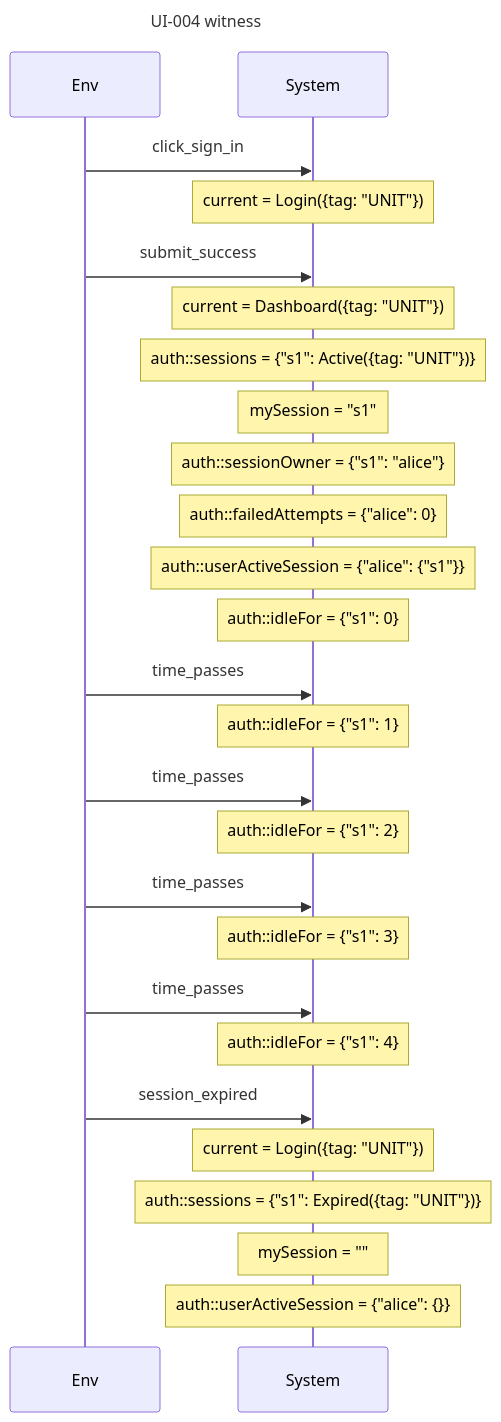
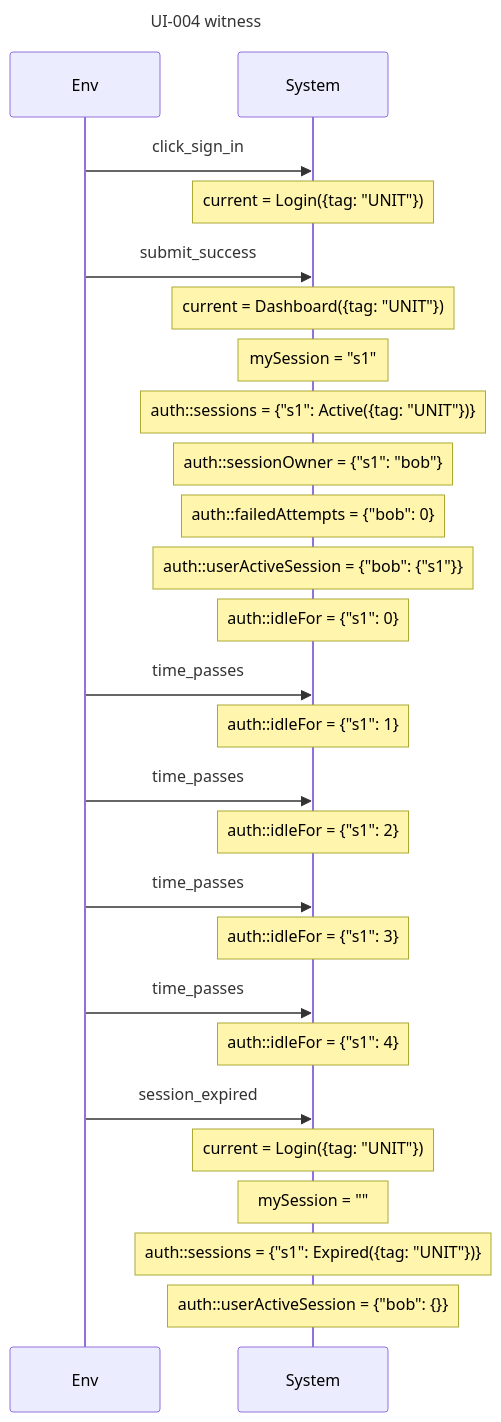
One commit to AlesKracik/quintessence changed the fifth of 8 diagrams in examples/specs/auth-ui.readback.md. Above: the diagram before and after it, drawn with Mermaid. The commit also changed other lines of this file and 53 other files, not shown here.

````diff
--- a/examples/specs/auth-ui.readback.md
+++ b/examples/specs/auth-ui.readback.md
@@ -472,29 +478,29 @@
 ```mermaid
 sequenceDiagram
     title UI-004 witness
     participant E as Env
     participant S as System
     E->>S: click_sign_in
     Note over S: current = Login({tag: "UNIT"})
     E->>S: submit_success
     Note over S: current = Dashboard({tag: "UNIT"})
+    Note over S: mySession = "s1"
     Note over S: auth::sessions = {"s1": Active({tag: "UNIT"})}
-    Note over S: mySession = "s1"
-    Note over S: auth::sessionOwner = {"s1": "alice"}
-    Note over S: auth::failedAttempts = {"alice": 0}
-    Note over S: auth::userActiveSession = {"alice": {"s1"}}
+    Note over S: auth::sessionOwner = {"s1": "bob"}
+    Note over S: auth::failedAttempts = {"bob": 0}
+    Note over S: auth::userActiveSession = {"bob": {"s1"}}
     Note over S: auth::idleFor = {"s1": 0}
     E->>S: time_passes
     Note over S: auth::idleFor = {"s1": 1}
     E->>S: time_passes
     Note over S: auth::idleFor = {"s1": 2}
     E->>S: time_passes
     Note over S: auth::idleFor = {"s1": 3}
     E->>S: time_passes
     Note over S: auth::idleFor = {"s1": 4}
     E->>S: session_expired
     Note over S: current = Login({tag: "UNIT"})
+    Note over S: mySession = ""
     Note over S: auth::sessions = {"s1": Expired({tag: "UNIT"})}
-    Note over S: mySession = ""
-    Note over S: auth::userActiveSession = {"alice": {}}
+    Note over S: auth::userActiveSession = {"bob": {}}
 ```
````
